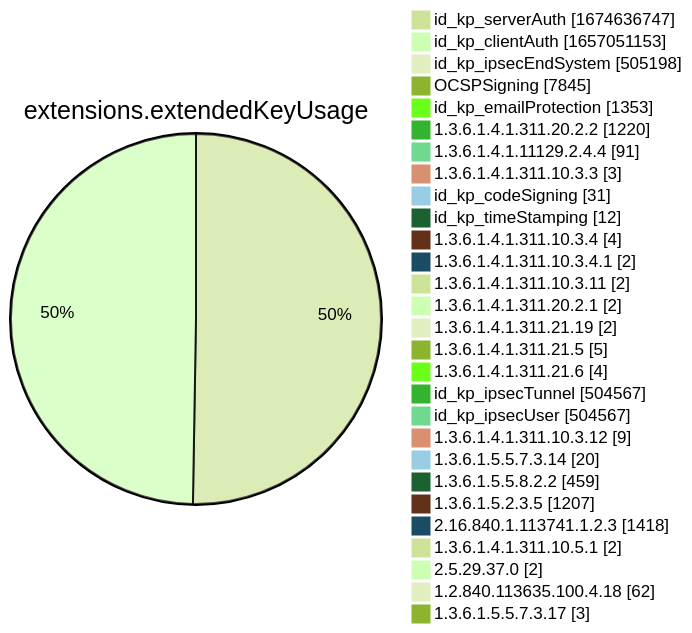
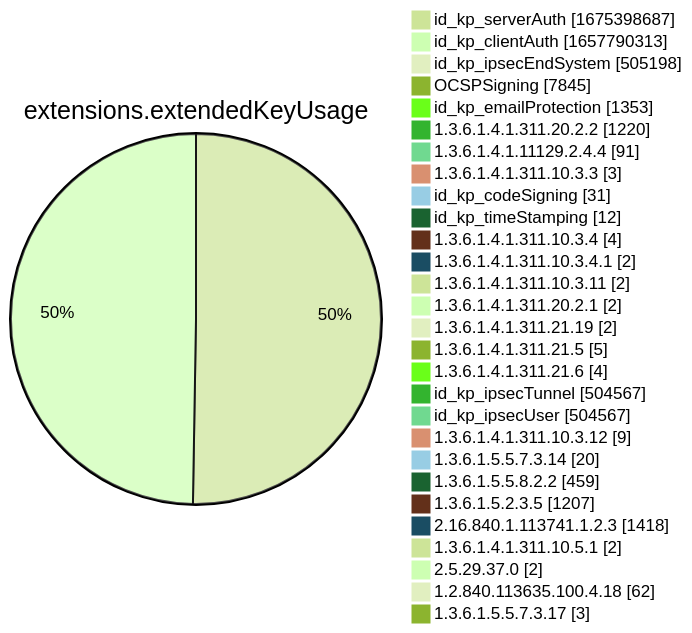
Before and after one commit to christiankrug/ctmonitor_visualization: diagram 12 of 15 in xenon2022/README.md, drawn with Mermaid (forest theme). The commit also changed other lines of this file, not shown here.

````diff
--- a/xenon2022/README.md
+++ b/xenon2022/README.md
@@ -3888,32 +3888,32 @@
 ```mermaid
 pie showData
 title extensions.extendedKeyUsage
-"id_kp_serverAuth" :1674636747
-"id_kp_clientAuth" :1657051153
+"id_kp_serverAuth" :1675398687
+"id_kp_clientAuth" :1657790313
 "id_kp_ipsecEndSystem" :505198
 "OCSPSigning" :7845
 "id_kp_emailProtection" :1353
 "1.3.6.1.4.1.311.20.2.2" :1220
 "1.3.6.1.4.1.11129.2.4.4" :91
 "1.3.6.1.4.1.311.10.3.3" :3
 "id_kp_codeSigning" :31
 "id_kp_timeStamping" :12
 "1.3.6.1.4.1.311.10.3.4" :4
 "1.3.6.1.4.1.311.10.3.4.1" :2
 "1.3.6.1.4.1.311.10.3.11" :2
 "1.3.6.1.4.1.311.20.2.1" :2
 "1.3.6.1.4.1.311.21.19" :2
 "1.3.6.1.4.1.311.21.5" :5
 "1.3.6.1.4.1.311.21.6" :4
 "id_kp_ipsecTunnel" :504567
 "id_kp_ipsecUser" :504567
 "1.3.6.1.4.1.311.10.3.12" :9
 "1.3.6.1.5.5.7.3.14" :20
 "1.3.6.1.5.5.8.2.2" :459
 "1.3.6.1.5.2.3.5" :1207
 "2.16.840.1.113741.1.2.3" :1418
 "1.3.6.1.4.1.311.10.5.1" :2
 "2.5.29.37.0" :2
 "1.2.840.113635.100.4.18" :62
 "1.3.6.1.5.5.7.3.17" :3
 ```
````
